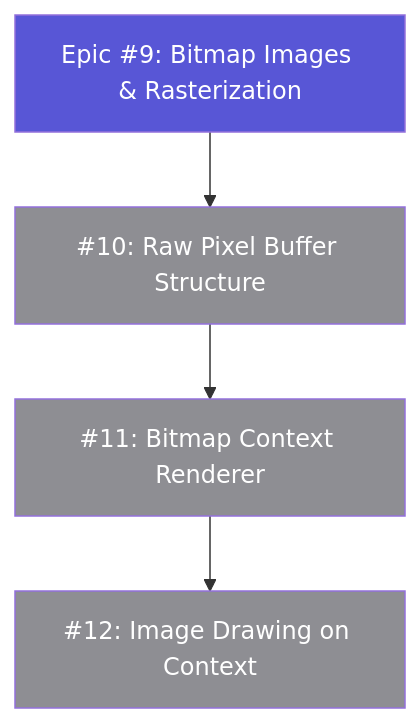
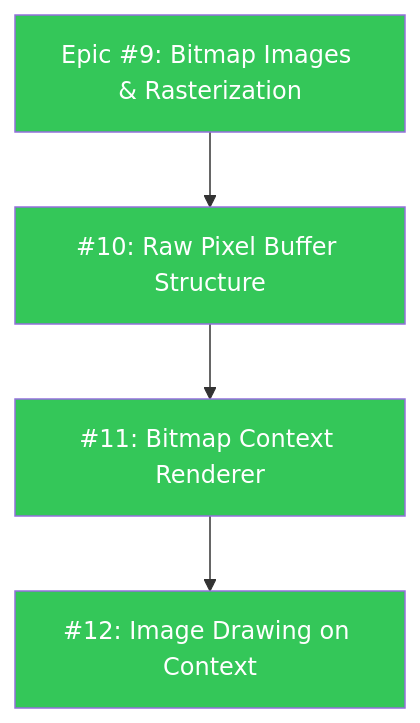
The third of 6 diagrams in README.md (SlayerMotion/PureDraw), drawn with Mermaid before and after one commit. The commit also changed other lines of this file and 1 other file, not shown here.

First line of the commit message:
docs: mark shipped epics done in roadmap diagrams

````diff
--- a/README.md
+++ b/README.md
@@ -173,16 +173,16 @@
 ```mermaid
 flowchart TB
     classDef done    fill:#34C759,color:#FFFFFF
     classDef active  fill:#007AFF,color:#FFFFFF
     classDef review  fill:#30B0C7,color:#FFFFFF
     classDef next    fill:#5856D6,color:#FFFFFF
     classDef partial fill:#FF9500,color:#FFFFFF
     classDef todo    fill:#8E8E93,color:#FFFFFF
 
-    Epic9["Epic #9: Bitmap Images & Rasterization"]:::next --> I10["#10: Raw Pixel Buffer Structure"]:::todo --> I11["#11: Bitmap Context Renderer"]:::todo --> I12["#12: Image Drawing on Context"]:::todo
+    Epic9["Epic #9: Bitmap Images & Rasterization"]:::done --> I10["#10: Raw Pixel Buffer Structure"]:::done --> I11["#11: Bitmap Context Renderer"]:::done --> I12["#12: Image Drawing on Context"]:::done
 
     click Epic9 href "https://github.com/mihaelamj/PureDraw/issues/9" "Epic #9"
     click I10 href "https://github.com/mihaelamj/PureDraw/issues/10" "Issue #10"
     click I11 href "https://github.com/mihaelamj/PureDraw/issues/11" "Issue #11"
     click I12 href "https://github.com/mihaelamj/PureDraw/issues/12" "Issue #12"
 ```
````
